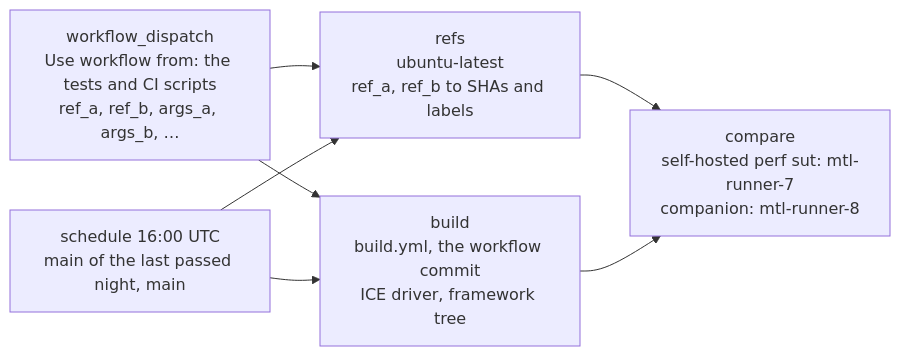
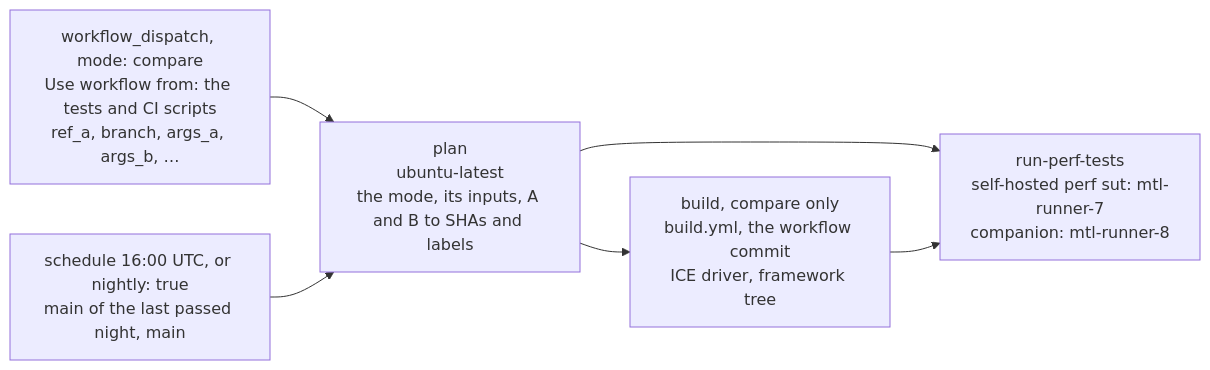
The diagram in doc/perf_compare.md (OpenVisualCloud/Media-Transport-Library), drawn with Mermaid before and after one commit. The commit also changed other lines of this file and 7 other files, not shown here.

````diff
--- a/doc/perf_compare.md
+++ b/doc/perf_compare.md
@@ -494,10 +500,9 @@
 ```mermaid
 flowchart LR
-  dispatch["workflow_dispatch<br/>Use workflow from: the tests and CI scripts<br/>ref_a, ref_b, args_a, args_b, …"] --> refs
-  nightly["schedule 16:00 UTC<br/>main of the last passed night, main"] --> refs
-  dispatch --> build
-  nightly --> build
-  refs["refs<br/>ubuntu-latest<br/>ref_a, ref_b to SHAs and labels"] --> compare
-  build["build<br/>build.yml, the workflow commit<br/>ICE driver, framework tree"] --> compare
-  compare["compare<br/>self-hosted perf sut: mtl-runner-7<br/>companion: mtl-runner-8"]
+  dispatch["workflow_dispatch, mode: compare<br/>Use workflow from: the tests and CI scripts<br/>ref_a, branch, args_a, args_b, …"] --> plan
+  nightly["schedule 16:00 UTC, or nightly: true<br/>main of the last passed night, main"] --> plan
+  plan["plan<br/>ubuntu-latest<br/>the mode, its inputs, A and B to SHAs and labels"] --> build
+  plan --> run
+  build["build, compare only<br/>build.yml, the workflow commit<br/>ICE driver, framework tree"] --> run
+  run["run-perf-tests<br/>self-hosted perf sut: mtl-runner-7<br/>companion: mtl-runner-8"]
 ```
````
